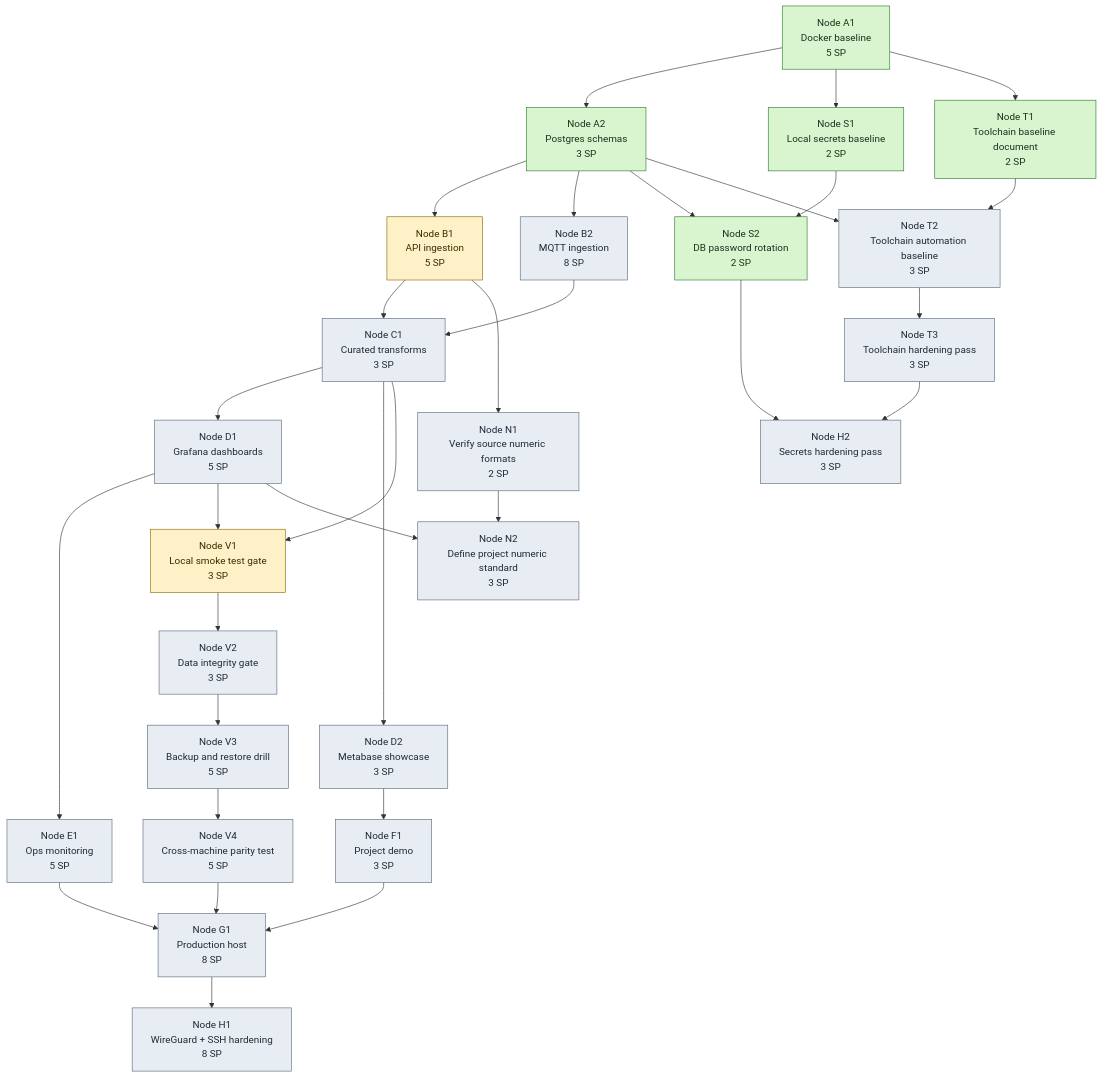
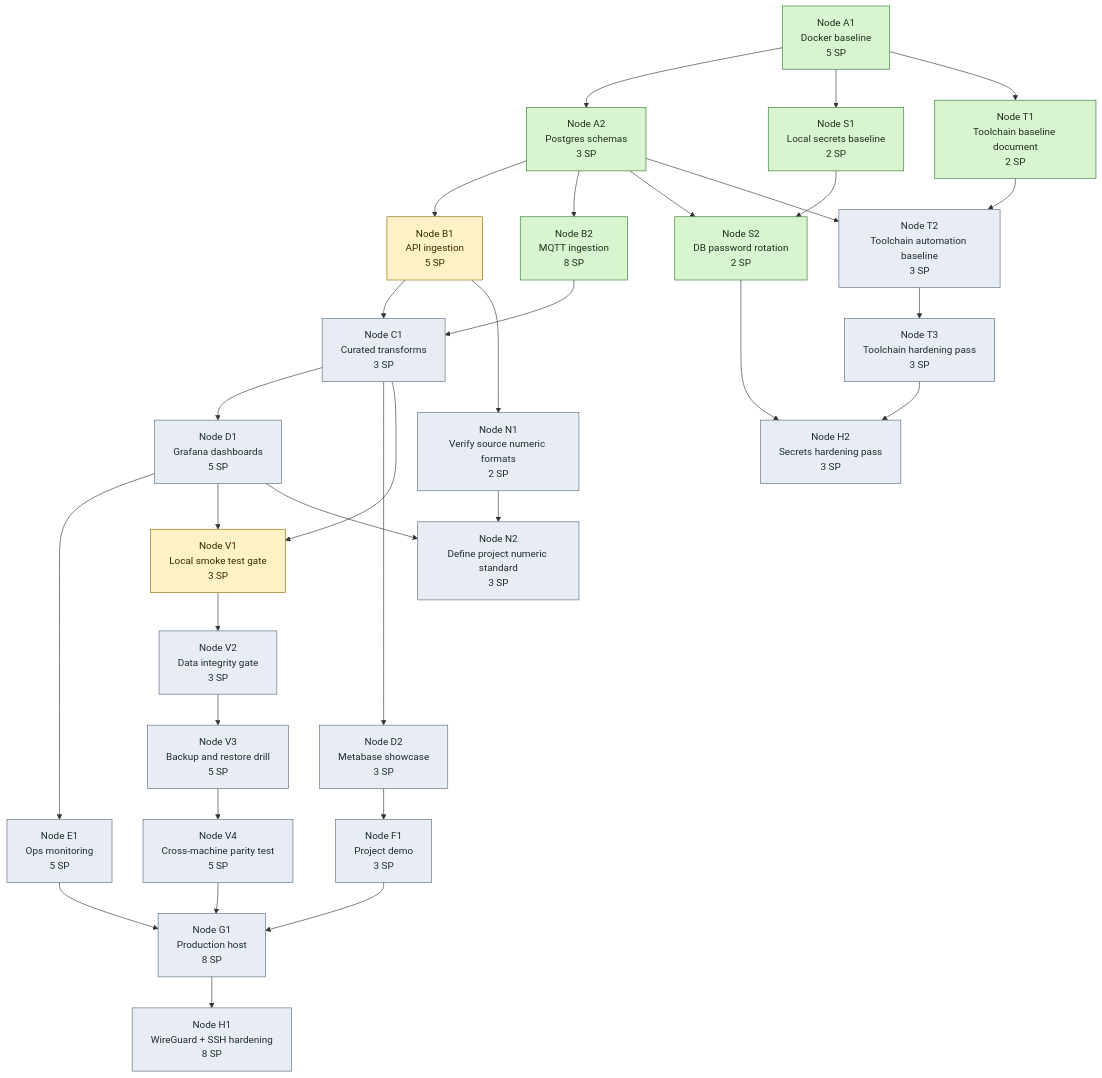
Before and after one commit to EnTekLasse/commons-anchor: the diagram in docs/architecture/diagrams/tech-tree.mmd, drawn with Mermaid. The commit also changed 4 other files, not shown here.

Commit message:
docs: add progress reminder and sync roadmap status

```diff
--- a/docs/architecture/diagrams/tech-tree.mmd
+++ b/docs/architecture/diagrams/tech-tree.mmd
@@ -1,83 +1,83 @@
 %% AUTO-GENERATED FROM docs/architecture/diagram-model.json
 flowchart TD
   A1[Node A1<br/>Docker baseline<br/>5 SP]
   A2[Node A2<br/>Postgres schemas<br/>3 SP]
   B1[Node B1<br/>API ingestion<br/>5 SP]
   B2[Node B2<br/>MQTT ingestion<br/>8 SP]
   C1[Node C1<br/>Curated transforms<br/>3 SP]
   D1[Node D1<br/>Grafana dashboards<br/>5 SP]
   D2[Node D2<br/>Metabase showcase<br/>3 SP]
   E1[Node E1<br/>Ops monitoring<br/>5 SP]
   F1[Node F1<br/>Project demo<br/>3 SP]
   V1[Node V1<br/>Local smoke test gate<br/>3 SP]
   V2[Node V2<br/>Data integrity gate<br/>3 SP]
   V3[Node V3<br/>Backup and restore drill<br/>5 SP]
   V4[Node V4<br/>Cross-machine parity test<br/>5 SP]
   G1[Node G1<br/>Production host<br/>8 SP]
   S1[Node S1<br/>Local secrets baseline<br/>2 SP]
   S2[Node S2<br/>DB password rotation<br/>2 SP]
   N1[Node N1<br/>Verify source numeric formats<br/>2 SP]
   N2[Node N2<br/>Define project numeric standard<br/>3 SP]
   H1[Node H1<br/>WireGuard + SSH hardening<br/>8 SP]
   H2[Node H2<br/>Secrets hardening pass<br/>3 SP]
   T1[Node T1<br/>Toolchain baseline document<br/>2 SP]
   T2[Node T2<br/>Toolchain automation baseline<br/>3 SP]
   T3[Node T3<br/>Toolchain hardening pass<br/>3 SP]
 
   A1 --> A2
   A2 --> B1
   A2 --> B2
   B1 --> C1
   B2 --> C1
   C1 --> D1
   C1 --> D2
   D1 --> E1
   D2 --> F1
   C1 --> V1
   D1 --> V1
   V1 --> V2
   V2 --> V3
   V3 --> V4
   E1 --> G1
   F1 --> G1
   V4 --> G1
   A1 --> S1
   S1 --> S2
   A2 --> S2
   B1 --> N1
   N1 --> N2
   D1 --> N2
   G1 --> H1
   S2 --> H2
   T3 --> H2
   A1 --> T1
   T1 --> T2
   A2 --> T2
   T2 --> T3
 
   classDef done fill:#d8f5d0,stroke:#2f7a2f,stroke-width:1px,color:#1c311c
   classDef inProgress fill:#fff1c7,stroke:#8a6a00,stroke-width:1px,color:#3a2a00
   classDef backlog fill:#e8edf3,stroke:#5a6b7d,stroke-width:1px,color:#1f2b38
   class A1 done
   class A2 done
   class B1 inProgress
-  class B2 backlog
+  class B2 done
   class C1 backlog
   class D1 backlog
   class D2 backlog
   class E1 backlog
   class F1 backlog
   class V1 inProgress
   class V2 backlog
   class V3 backlog
   class V4 backlog
   class G1 backlog
   class S1 done
   class S2 done
   class N1 backlog
   class N2 backlog
   class H1 backlog
   class H2 backlog
   class T1 done
   class T2 backlog
   class T3 backlog
```
